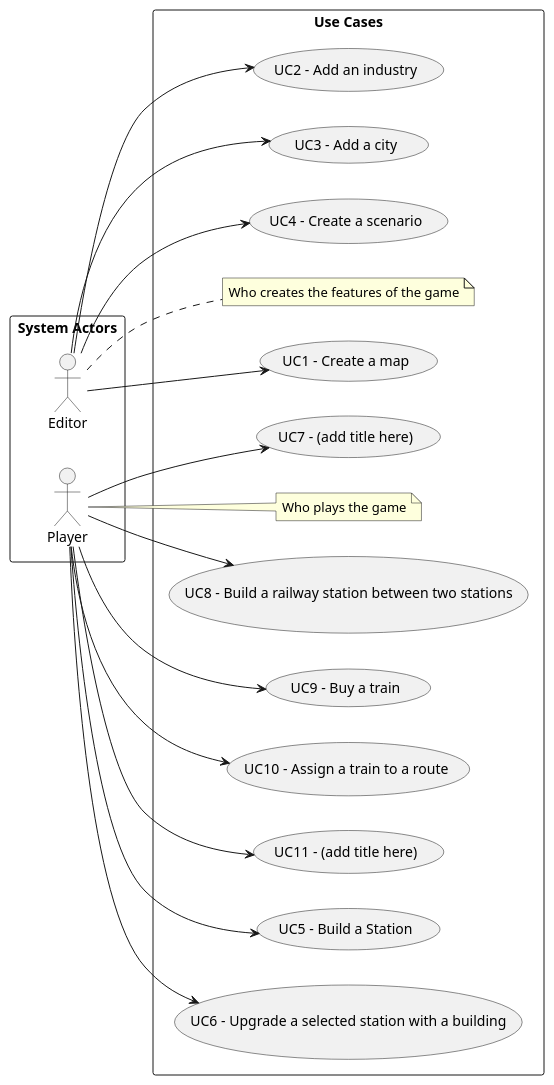
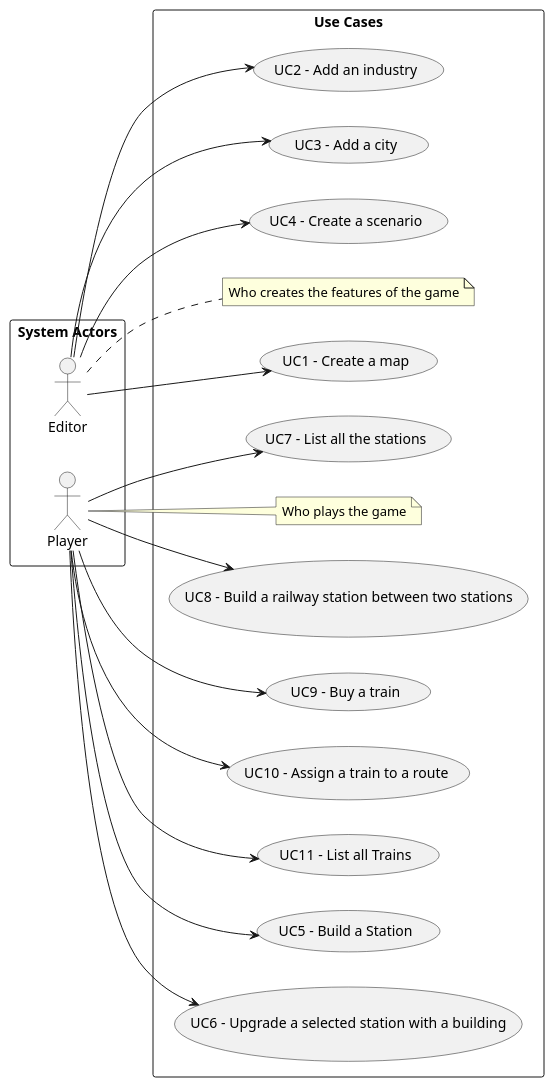
Before and after one commit to ivasduarte/all-aboard: the diagram in docs/sprint1/global-artifacts/01.requirements-engineering/puml/use-case-diagram.puml, drawn with PlantUML. The commit also changed 1 other file, not shown here.

Commit message:
(docs): updated use case diagram

```diff
--- a/docs/sprint1/global-artifacts/01.requirements-engineering/puml/use-case-diagram.puml
+++ b/docs/sprint1/global-artifacts/01.requirements-engineering/puml/use-case-diagram.puml
@@ -1,55 +1,55 @@
 @startuml
 'skinparam monochrome true
 skinparam packageStyle rectangle
 'skinparam shadowing false
 
 
 
 'title Use Case Diagram Example
 
 left to right direction
 
 rectangle "System Actors" as actors {
     actor Editor
     actor "Player" as Player
     'actor "Product Owner" as PO
 }
 
 
 
 rectangle "Use Cases" as usecases{
     note right of Editor
         Who creates the features of the game
     end note
 
     note right of Player
         Who plays the game
     end note
     usecase "UC1 - Create a map" as UC1
         Editor --> UC1
     usecase "UC2 - Add an industry" as UC2
         Editor --> UC2
     usecase "UC3 - Add a city" as UC3
         Editor --> UC3
     usecase "UC4 - Create a scenario" as UC4
          Editor --> UC4
     usecase "UC5 - Build a Station" as UC5
          Player --> UC5
     usecase "UC6 - Upgrade a selected station with a building" as UC6
          Player --> UC6
-    usecase "UC7 - (add title here)" as UC7
+    usecase "UC7 - List all the stations" as UC7
          Player --> UC7
     usecase "UC8 - Build a railway station between two stations" as UC8
          Player --> UC8
     usecase "UC9 - Buy a train" as UC9
          Player --> UC9
     usecase "UC10 - Assign a train to a route" as UC10
          Player --> UC10
-    usecase "UC11 - (add title here)" as UC11
+    usecase "UC11 - List all Trains" as UC11
          Player --> UC11
     'usecase "UC12 - (add title here)" as UC12
          'PO --> UC12
 }
 
 
 @enduml
```
